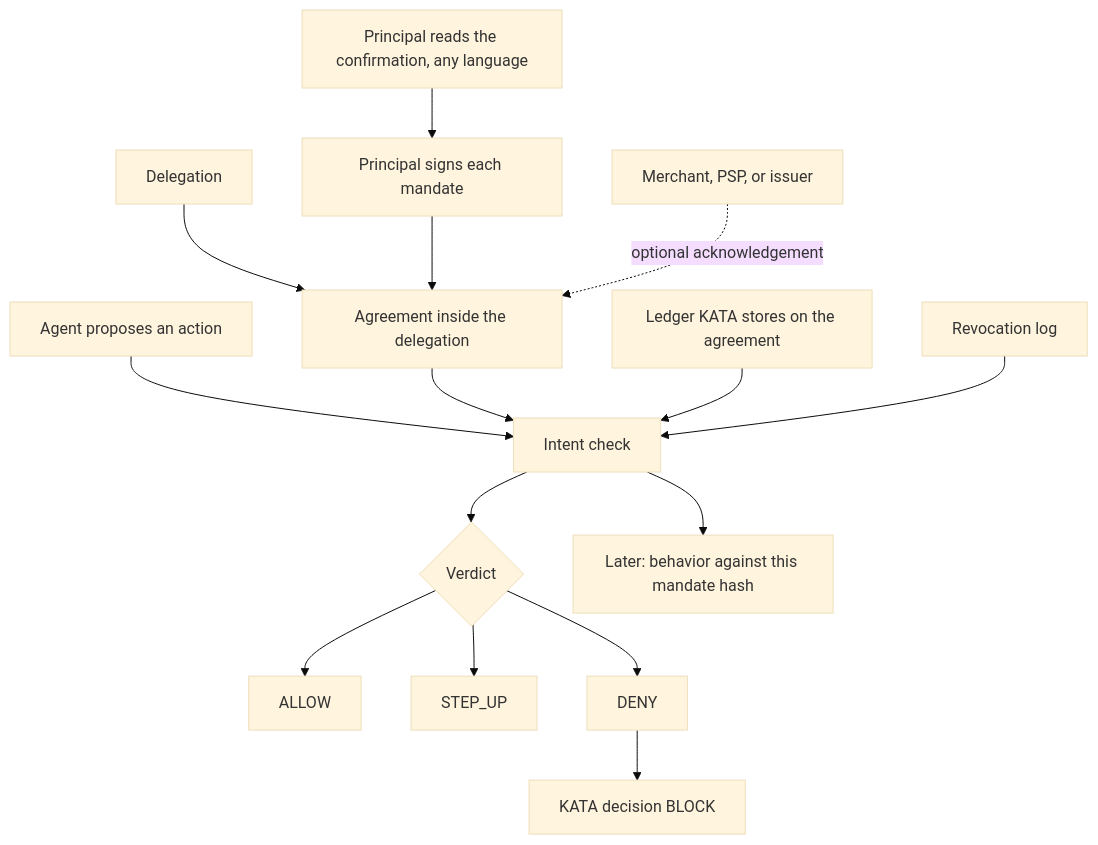
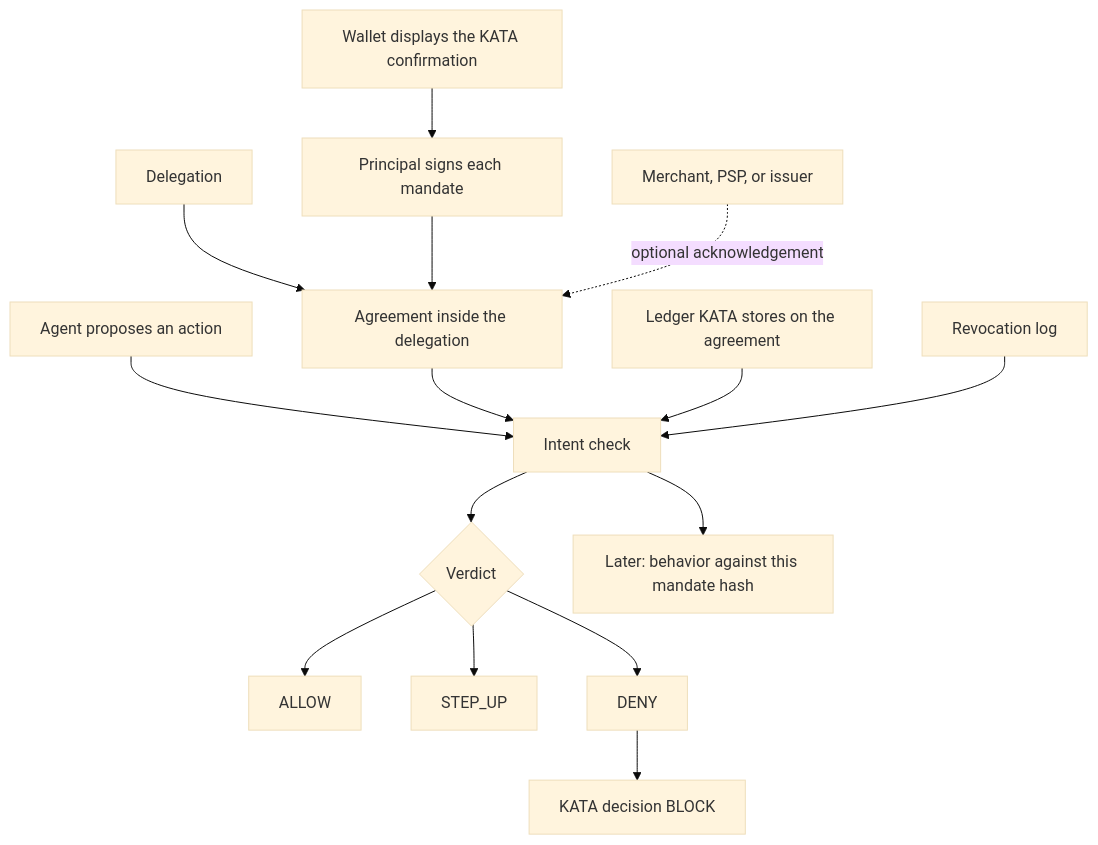
Before and after one commit to kaanuluer/KATA: the first of 2 diagrams in docs/intent-agreement.md, drawn with Mermaid (base theme). The commit also changed other lines of this file and 25 other files, not shown here.

````diff
--- a/docs/intent-agreement.md
+++ b/docs/intent-agreement.md
@@ -35,17 +42,17 @@
 ```mermaid
 flowchart TD
     D[Delegation] --> A[Agreement inside the delegation]
-    P[Principal reads the confirmation, any language] --> S[Principal signs each mandate]
+    P[Wallet displays the KATA confirmation] --> S[Principal signs each mandate]
     S --> A
     C[Merchant, PSP, or issuer] -.->|optional acknowledgement| A
     AG[Agent proposes an action] --> E[Intent check]
     A --> E
     L[Ledger KATA stores on the agreement] --> E
     R[Revocation log] --> E
     E --> V{Verdict}
     V --> ALLOW
     V --> STEP_UP
     V --> DENY
     DENY --> BLOCK[KATA decision BLOCK]
     E --> Q4[Later: behavior against this mandate hash]
 ```
````
